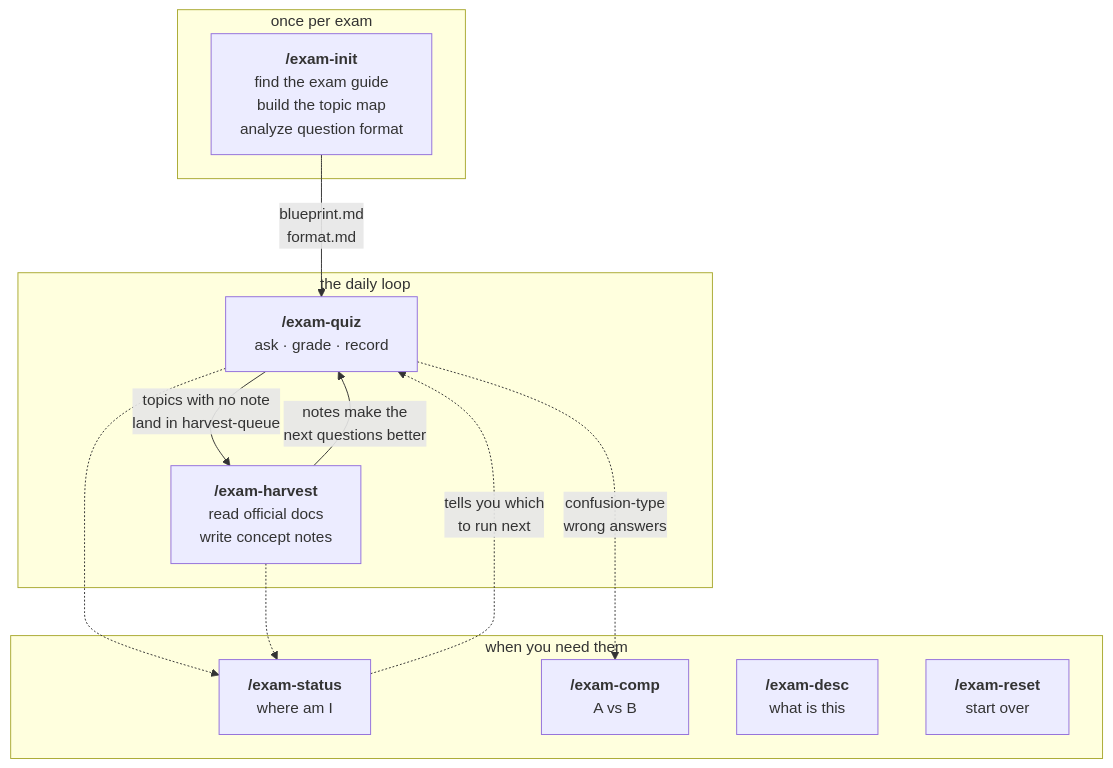
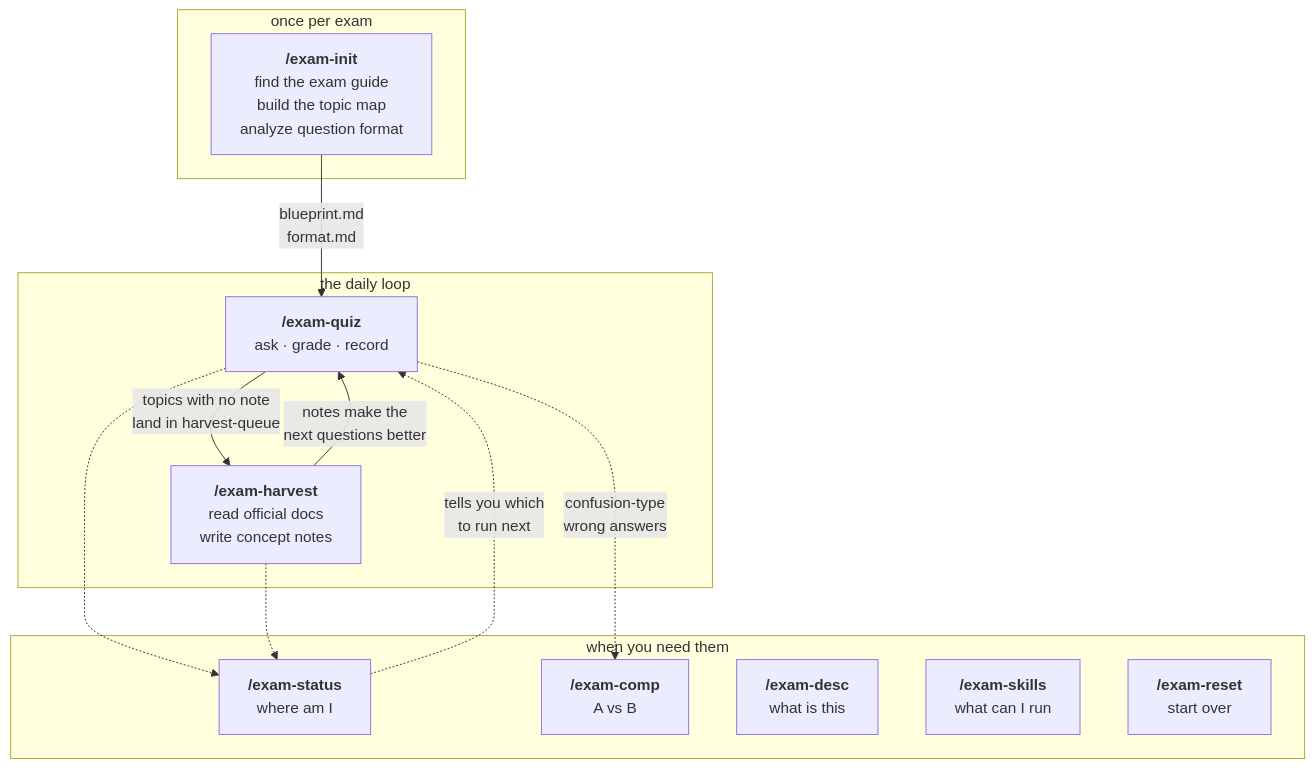
Before and after one commit to IjjS/exam-support: the first of 4 diagrams in README.md, drawn with Mermaid. The commit also changed other lines of this file and 4 other files, not shown here.

````diff
--- a/README.md
+++ b/README.md
@@ -32,26 +32,27 @@
 ```mermaid
 flowchart TB
     subgraph once ["once per exam"]
         INIT["<b>/exam-init</b><br/>find the exam guide<br/>build the topic map<br/>analyze question format"]
     end
 
     subgraph loop ["the daily loop"]
         QUIZ["<b>/exam-quiz</b><br/>ask · grade · record"]
         HARV["<b>/exam-harvest</b><br/>read official docs<br/>write concept notes"]
     end
 
     subgraph aside ["when you need them"]
         STAT["<b>/exam-status</b><br/>where am I"]
         COMP["<b>/exam-comp</b><br/>A vs B"]
         DESC["<b>/exam-desc</b><br/>what is this"]
+        SKIL["<b>/exam-skills</b><br/>what can I run"]
         RSET["<b>/exam-reset</b><br/>start over"]
     end
 
     INIT -->|"blueprint.md<br/>format.md"| QUIZ
     QUIZ -->|"topics with no note<br/>land in harvest-queue"| HARV
     HARV -->|"notes make the<br/>next questions better"| QUIZ
     QUIZ -.->|"confusion-type<br/>wrong answers"| COMP
     QUIZ -.-> STAT
     HARV -.-> STAT
     STAT -.->|"tells you which<br/>to run next"| QUIZ
 ```
````
